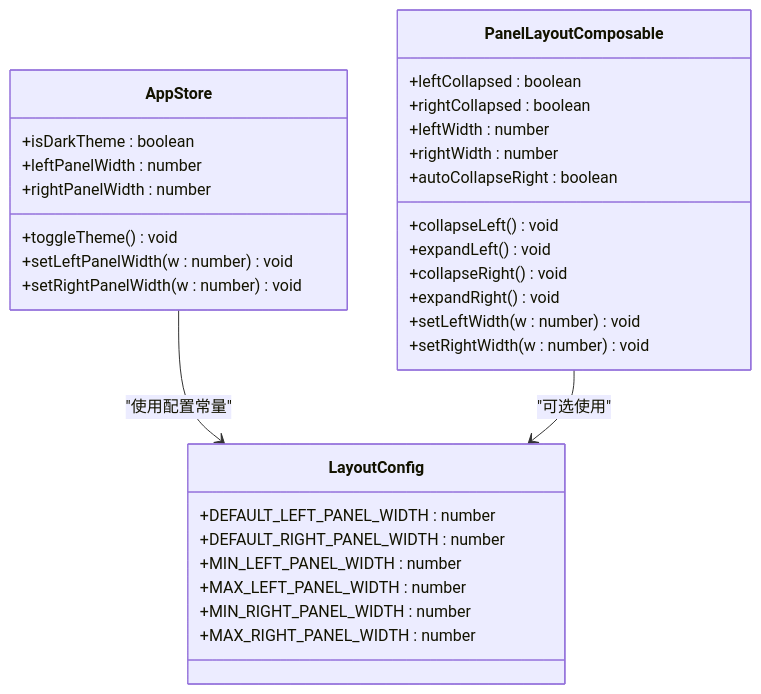
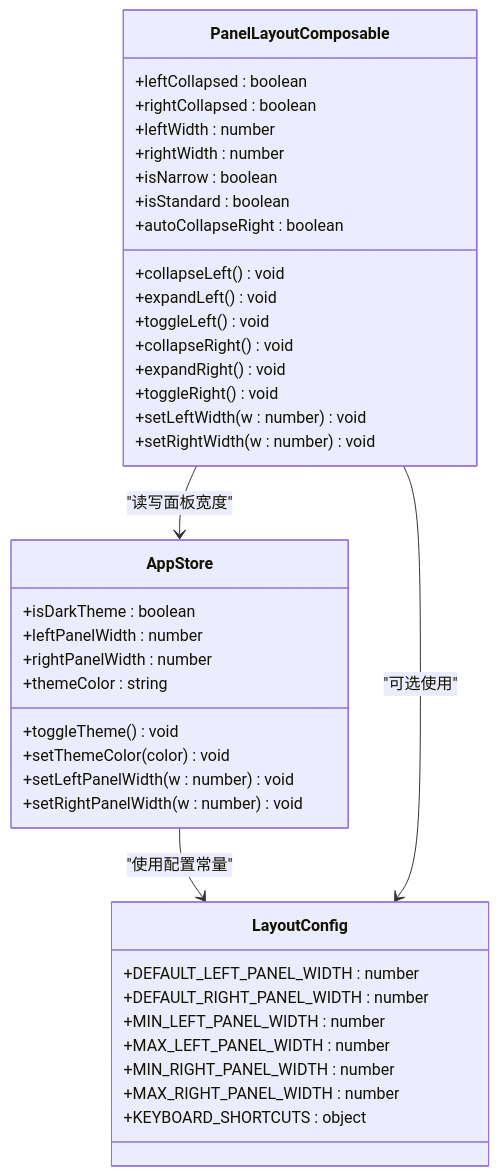
The sixth of 7 diagrams in .qoder/repowiki/zh/content/架构设计/组件层次结构/布局组件.md (taoweidong/Hello-Tauri), drawn with Mermaid before and after one commit. The commit also changed other lines of this file and 119 other files, not shown here.

````diff
--- a/.qoder/repowiki/zh/content/架构设计/组件层次结构/布局组件.md
+++ b/.qoder/repowiki/zh/content/架构设计/组件层次结构/布局组件.md
@@ -210,34 +297,42 @@
 ```mermaid
 classDiagram
 class AppStore {
 +isDarkTheme : boolean
 +leftPanelWidth : number
 +rightPanelWidth : number
++themeColor : string
 +toggleTheme() void
++setThemeColor(color) void
 +setLeftPanelWidth(w : number) void
 +setRightPanelWidth(w : number) void
 }
 class PanelLayoutComposable {
 +leftCollapsed : boolean
 +rightCollapsed : boolean
 +leftWidth : number
 +rightWidth : number
++isNarrow : boolean
++isStandard : boolean
++autoCollapseRight : boolean
 +collapseLeft() void
 +expandLeft() void
++toggleLeft() void
 +collapseRight() void
 +expandRight() void
++toggleRight() void
 +setLeftWidth(w : number) void
 +setRightWidth(w : number) void
-+autoCollapseRight : boolean
 }
 class LayoutConfig {
 +DEFAULT_LEFT_PANEL_WIDTH : number
 +DEFAULT_RIGHT_PANEL_WIDTH : number
 +MIN_LEFT_PANEL_WIDTH : number
 +MAX_LEFT_PANEL_WIDTH : number
 +MIN_RIGHT_PANEL_WIDTH : number
 +MAX_RIGHT_PANEL_WIDTH : number
++KEYBOARD_SHORTCUTS : object
 }
 AppStore --> LayoutConfig : "使用配置常量"
 PanelLayoutComposable --> LayoutConfig : "可选使用"
+PanelLayoutComposable --> AppStore : "读写面板宽度"
 ```
````
